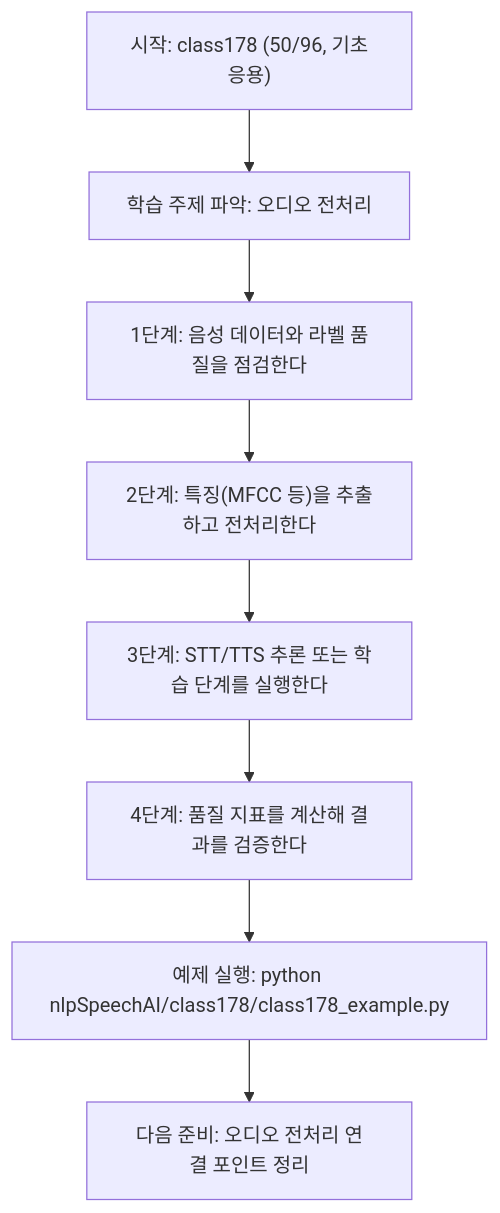
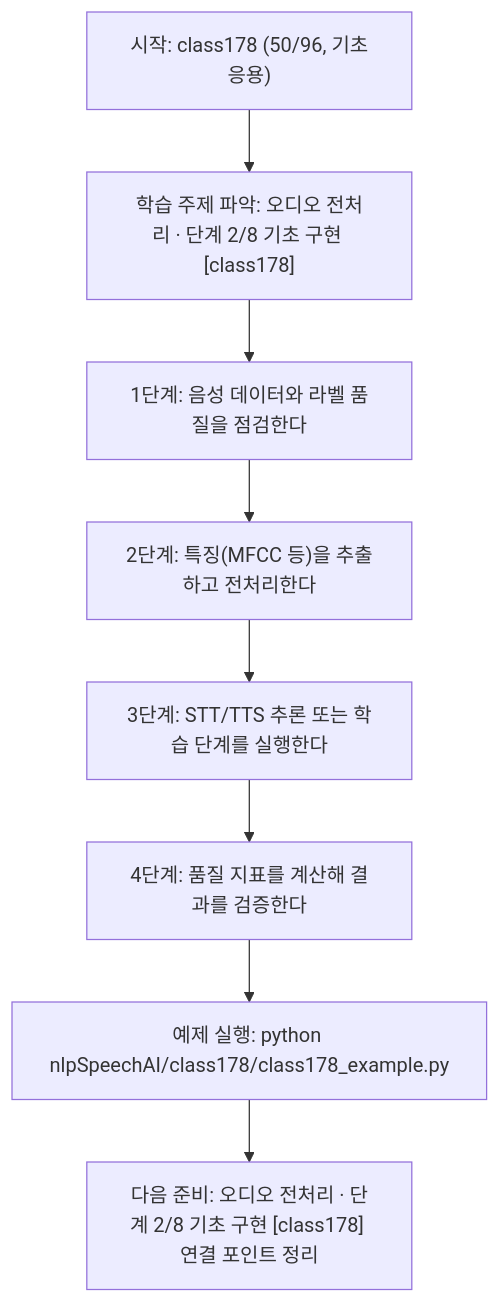
The diagram in nlpSpeechAI/class178/class178.md (edumgt/Python-AI_Agent-Class), drawn with Mermaid before and after one commit. The commit also changed other lines of this file and 522 other files, not shown here.

````diff
--- a/nlpSpeechAI/class178/class178.md
+++ b/nlpSpeechAI/class178/class178.md
@@ -112,18 +113,18 @@
 ```mermaid
 flowchart TD
 N1["시작: class178 (50/96, 기초응용)"]
-N2["학습 주제 파악: 오디오 전처리"]
+N2["학습 주제 파악: 오디오 전처리 · 단계 2/8 기초 구현 [class178]"]
 N3["1단계: 음성 데이터와 라벨 품질을 점검한다"]
 N4["2단계: 특징(MFCC 등)을 추출하고 전처리한다"]
 N5["3단계: STT/TTS 추론 또는 학습 단계를 실행한다"]
 N6["4단계: 품질 지표를 계산해 결과를 검증한다"]
 N7["예제 실행: python nlpSpeechAI/class178/class178_example.py"]
-N8["다음 준비: 오디오 전처리 연결 포인트 정리"]
+N8["다음 준비: 오디오 전처리 · 단계 2/8 기초 구현 [class178] 연결 포인트 정리"]
 N1 --> N2
 N2 --> N3
 N3 --> N4
 N4 --> N5
 N5 --> N6
 N6 --> N7
 N7 --> N8
 ```
````
